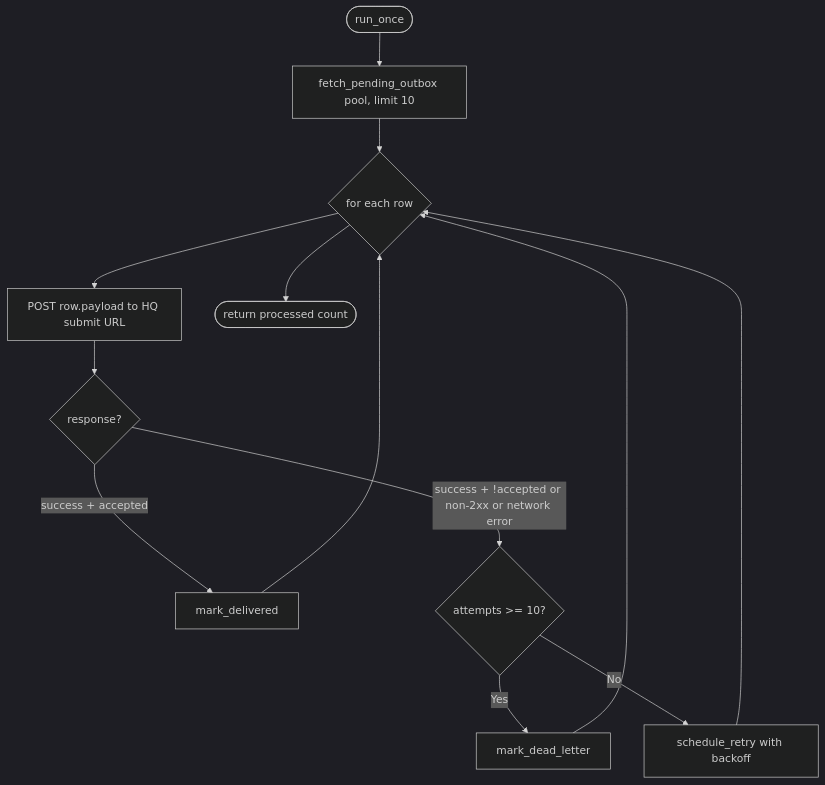
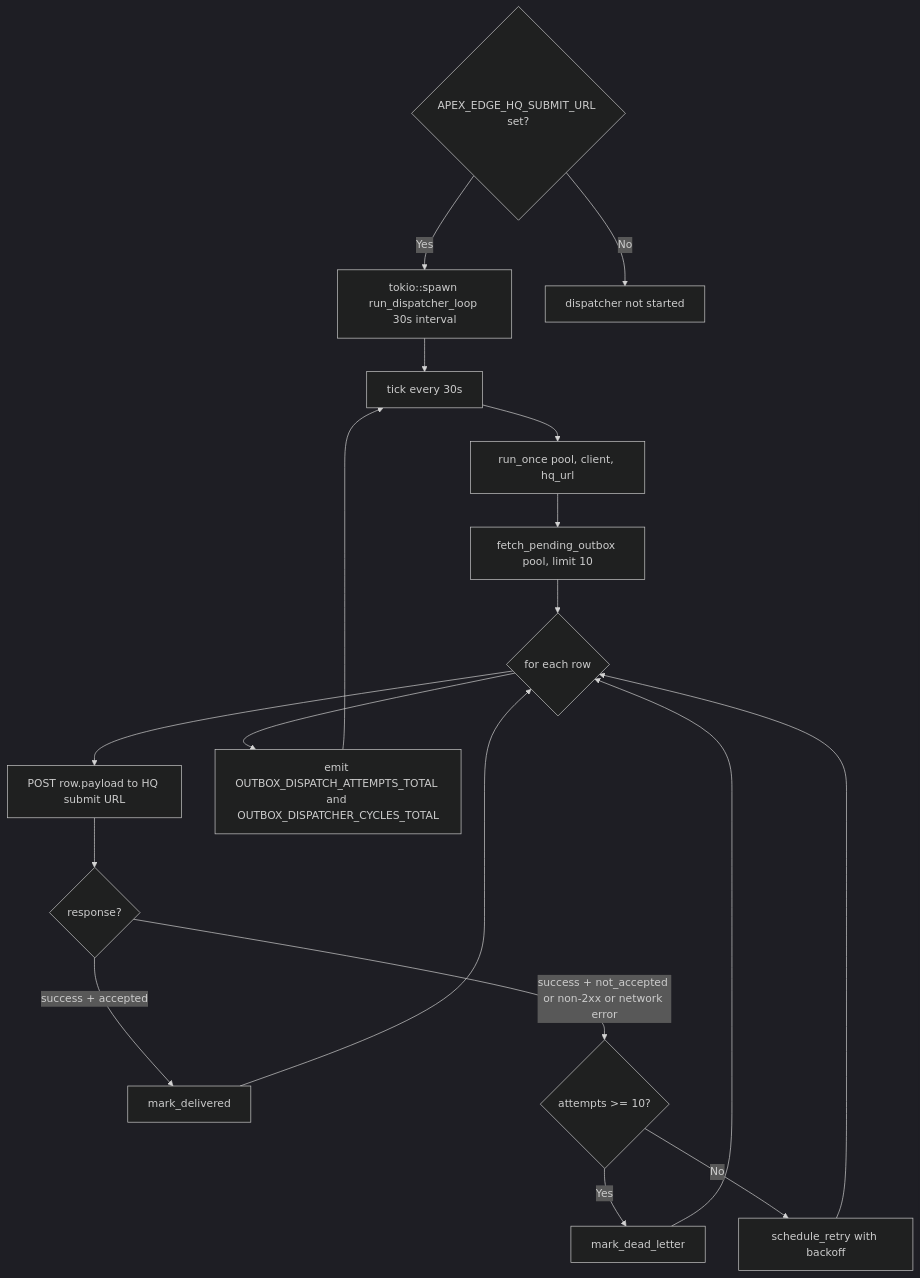
Before and after one commit to AncientiCe/apex-edge: the sixth of 11 diagrams in docs/architecture/README.md, drawn with Mermaid (dark theme). The commit also changed other lines of this file and 39 other files, not shown here.

````diff
--- a/docs/architecture/README.md
+++ b/docs/architecture/README.md
@@ -179,15 +193,20 @@
 ```mermaid
 flowchart TB
-    Start([run_once]) --> Fetch[fetch_pending_outbox pool, limit 10]
+    EnvCheck{APEX_EDGE_HQ_SUBMIT_URL set?} -->|Yes| SpawnLoop[tokio::spawn run_dispatcher_loop 30s interval]
+    SpawnLoop --> Tick[tick every 30s]
+    Tick --> RunOnce[run_once pool, client, hq_url]
+    RunOnce --> Fetch[fetch_pending_outbox pool, limit 10]
     Fetch --> Loop{for each row}
     Loop --> POST[POST row.payload to HQ submit URL]
     POST --> Result{response?}
     Result -->|success + accepted| MarkDelivered[mark_delivered]
-    Result -->|success + !accepted or non-2xx or network error| CheckAttempts{attempts >= 10?}
+    Result -->|success + not_accepted or non-2xx or network error| CheckAttempts{attempts >= 10?}
     CheckAttempts -->|Yes| DLQ[mark_dead_letter]
     CheckAttempts -->|No| Retry[schedule_retry with backoff]
     MarkDelivered --> Loop
     Retry --> Loop
     DLQ --> Loop
-    Loop --> Done([return processed count])
+    Loop --> CountMetrics[emit OUTBOX_DISPATCH_ATTEMPTS_TOTAL and OUTBOX_DISPATCHER_CYCLES_TOTAL]
+    CountMetrics --> Tick
+    EnvCheck -->|No| Skip[dispatcher not started]
 ```
````
